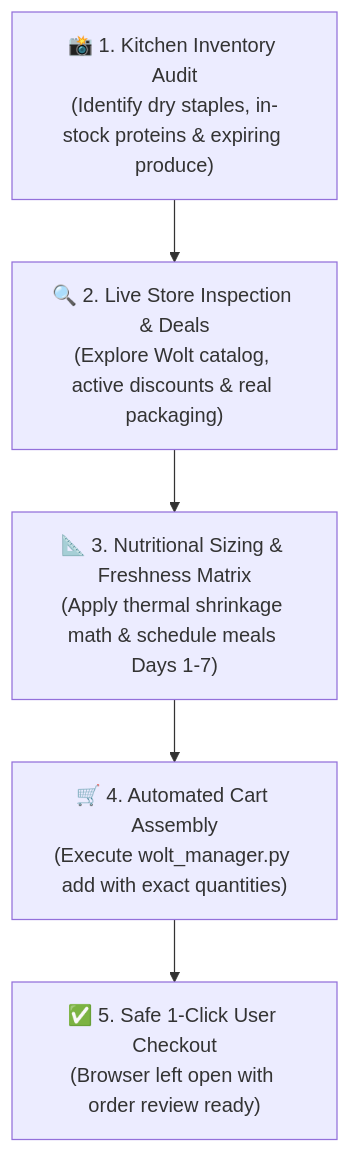
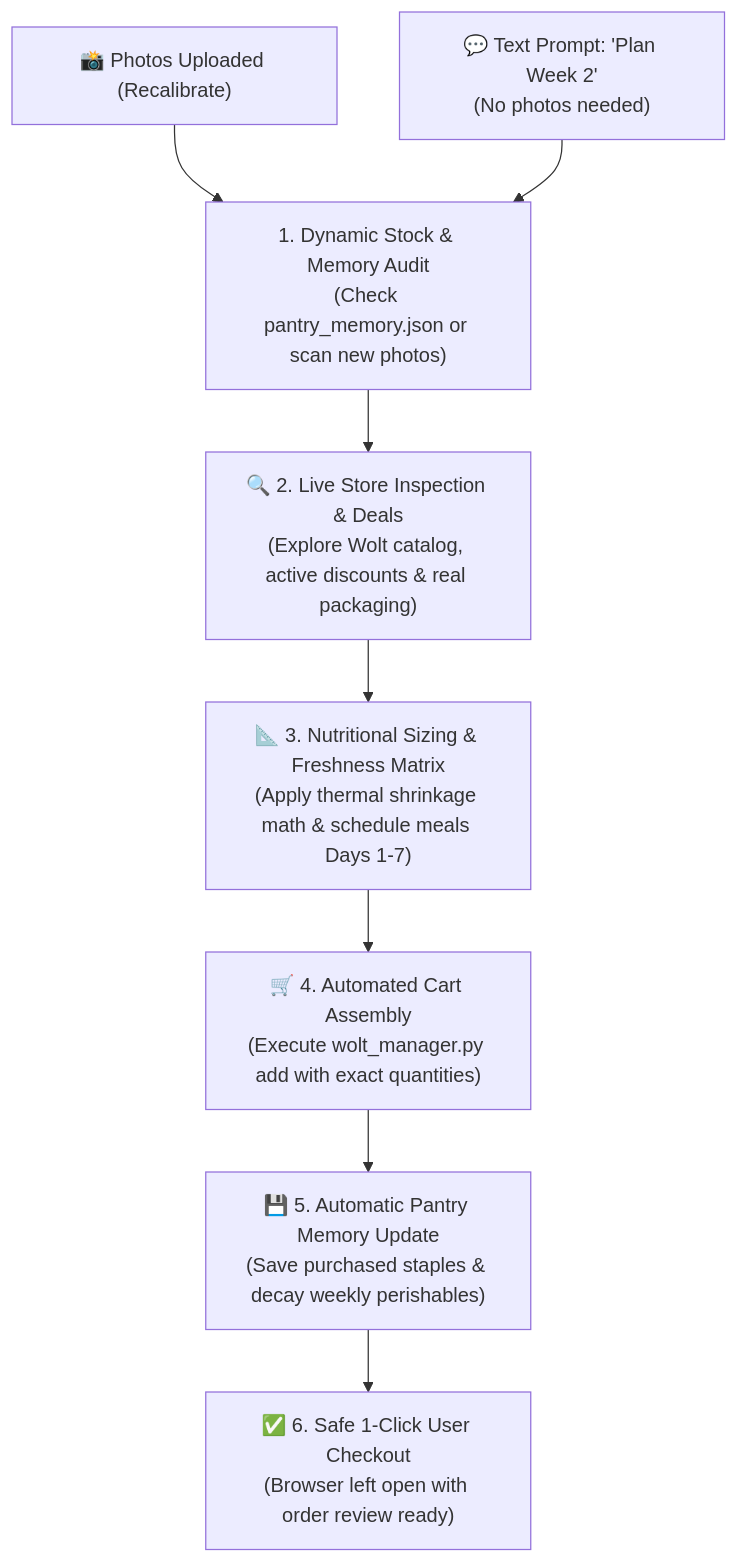
Before and after one commit to AndresCUd/wolt-smart-pantry: the diagram in .agent/skills/wolt-smart-pantry/SKILL.md, drawn with Mermaid. The commit also changed other lines of this file and 3 other files, not shown here.

Commit message:
feat: add persistent virtual pantry memory to track multi-week inventory

````diff
--- a/.agent/skills/wolt-smart-pantry/SKILL.md
+++ b/.agent/skills/wolt-smart-pantry/SKILL.md
@@ -17,7 +17,11 @@
 ```mermaid
 flowchart TD
-    A["📸 1. Kitchen Inventory Audit\n(Identify dry staples, in-stock proteins & expiring produce)"] --> B["🔍 2. Live Store Inspection & Deals\n(Explore Wolt catalog, active discounts & real packaging)"]
-    B --> C["📐 3. Nutritional Sizing & Freshness Matrix\n(Apply thermal shrinkage math & schedule meals Days 1-7)"]
-    C --> D["🛒 4. Automated Cart Assembly\n(Execute wolt_manager.py add with exact quantities)"]
-    D --> E["✅ 5. Safe 1-Click User Checkout\n(Browser left open with order review ready)"]
+    A1["📸 Photos Uploaded (Recalibrate)"] --> B["1. Dynamic Stock & Memory Audit\n(Check pantry_memory.json or scan new photos)"]
+    A2["💬 Text Prompt: 'Plan Week 2'\n(No photos needed)"] --> B
+    
+    B --> C["🔍 2. Live Store Inspection & Deals\n(Explore Wolt catalog, active discounts & real packaging)"]
+    C --> D["📐 3. Nutritional Sizing & Freshness Matrix\n(Apply thermal shrinkage math & schedule meals Days 1-7)"]
+    D --> E["🛒 4. Automated Cart Assembly\n(Execute wolt_manager.py add with exact quantities)"]
+    E --> F["💾 5. Automatic Pantry Memory Update\n(Save purchased staples & decay weekly perishables)"]
+    F --> G["✅ 6. Safe 1-Click User Checkout\n(Browser left open with order review ready)"]
 ```
````
